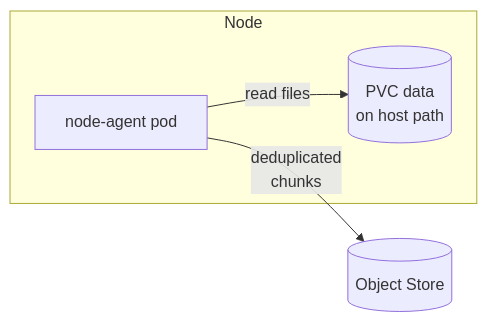
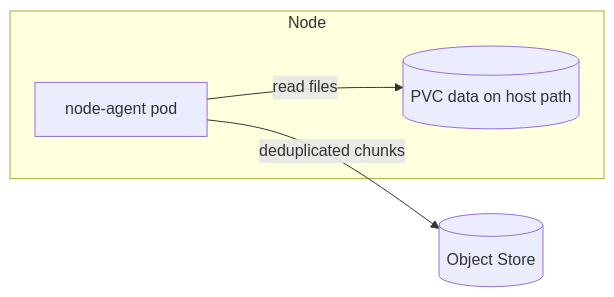
One commit to UncleJS/course_k3s changed the second of 2 diagrams in 13_backup_and_dr/02_velero_backup.md. Above: the diagram before and after it, drawn with Mermaid. The commit also changed other lines of this file and 57 other files, not shown here.

````diff
--- a/13_backup_and_dr/02_velero_backup.md
+++ b/13_backup_and_dr/02_velero_backup.md
@@ -519,9 +519,9 @@
 ```mermaid
 graph LR
     subgraph Node
         NA[node-agent pod]
-        PV[(PVC data\non host path)]
+        PV[(PVC data on host path)]
     end
     NA -->|read files| PV
-    NA -->|deduplicated\nchunks| S3[(Object Store)]
+    NA -->|deduplicated chunks| S3[(Object Store)]
 ```
````
